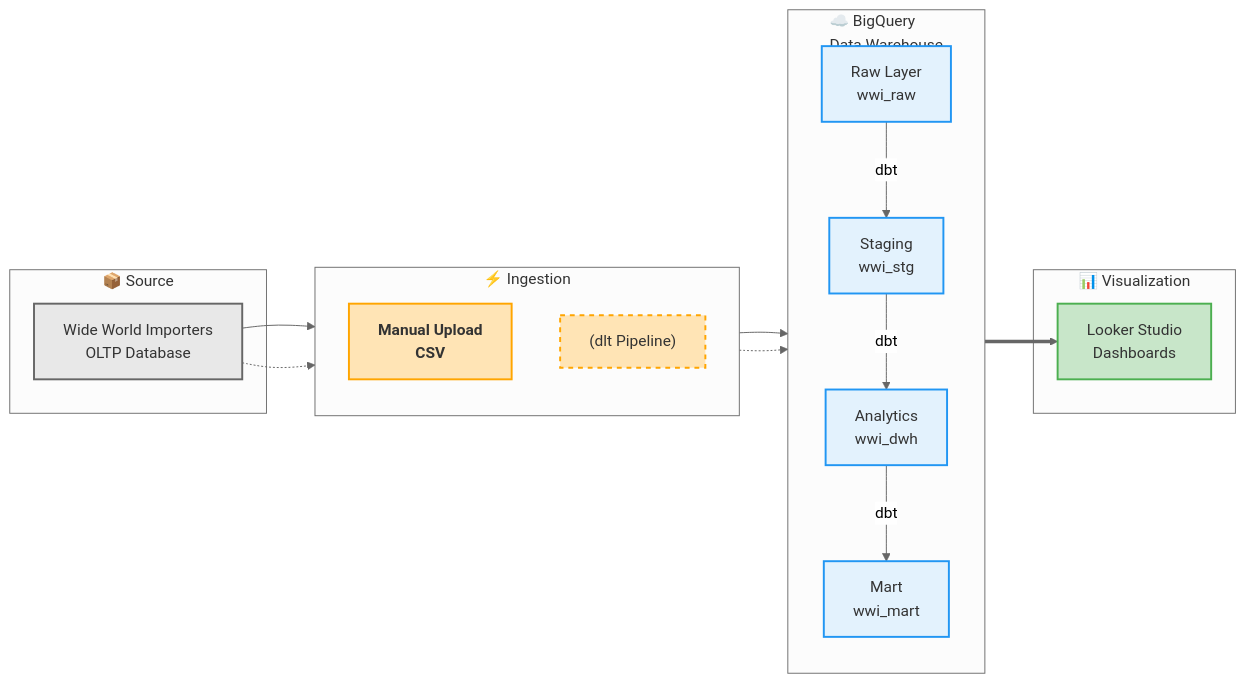
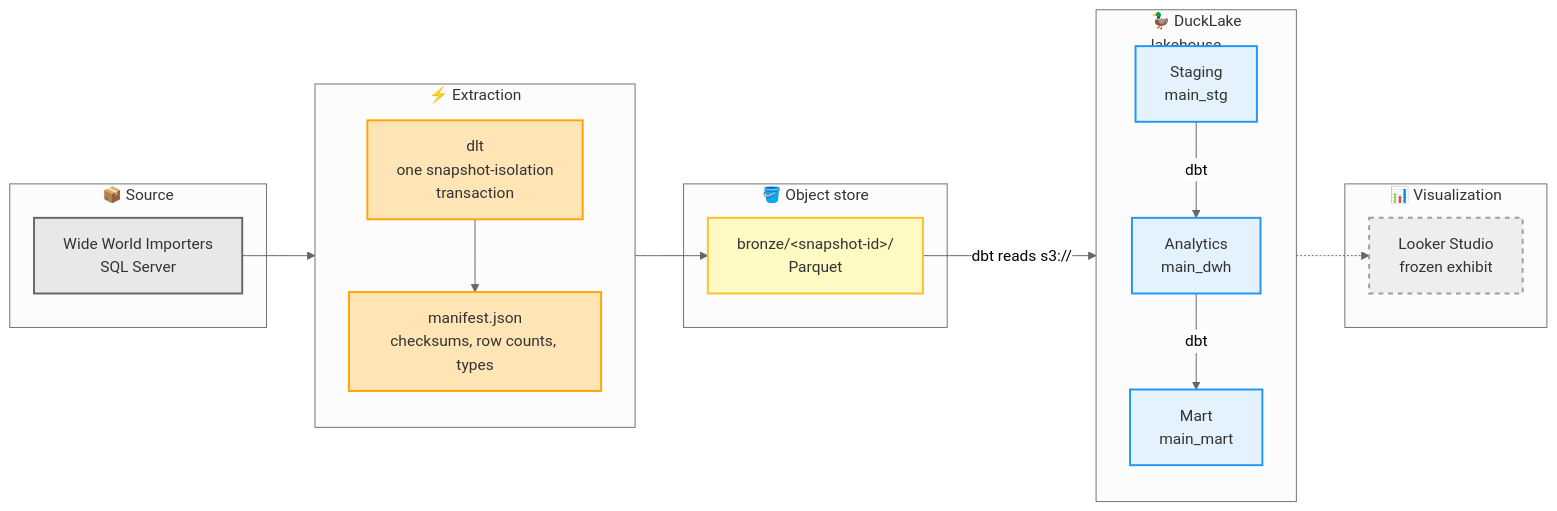
Before and after one commit to plat102/pj-dw-wide-world-importers: the diagram in README.md, drawn with Mermaid (neutral theme). The commit also changed other lines of this file and 5 other files, not shown here.

````diff
--- a/README.md
+++ b/README.md
@@ -37,44 +47,45 @@
 ```mermaid
 flowchart LR
     subgraph source["📦 Source"]
-        OLTP[Wide World Importers<br/>OLTP Database]
+        OLTP[Wide World Importers<br/>SQL Server]
     end
-    
-    subgraph ingest["⚡ Ingestion"]
+
+    subgraph ingest["⚡ Extraction"]
         direction TB
-        CSV[<b>Manual Upload<br/>CSV</b>]
-        DLT["(dlt Pipeline)"]
+        DLT[dlt<br/>one snapshot-isolation<br/>transaction]
+        MANIFEST[manifest.json<br/>checksums, row counts, types]
     end
-    
-    subgraph dwh["☁️ BigQuery<br>Data Warehouse"]
+
+    subgraph store["🪣 Object store"]
+        BRONZE[bronze/&lt;snapshot-id&gt;/<br/>Parquet]
+    end
+
+    subgraph dwh["🦆 DuckLake<br>lakehouse"]
         direction TB
-        
-        RAW[Raw Layer<br/>wwi_raw]
-        STG[Staging<br/>wwi_stg]
-        ANALYTICS[Analytics<br/>wwi_dwh]
-        MART[Mart<br/>wwi_mart]
-        
-        RAW -->|dbt| STG
+        STG[Staging<br/>main_stg]
+        ANALYTICS[Analytics<br/>main_dwh]
+        MART[Mart<br/>main_mart]
+
         STG -->|dbt| ANALYTICS
         ANALYTICS -->|dbt| MART
     end
-    
+
     subgraph bi["📊 Visualization"]
-        LOOKER[Looker Studio<br/>Dashboards]
+        LOOKER[Looker Studio<br/>frozen exhibit]
     end
-    
-    OLTP --> CSV
-    OLTP -.-> DLT
-    CSV --> RAW
-    DLT -.-> RAW
-    MART ==> LOOKER
-    
+
+    OLTP --> DLT
+    DLT --> MANIFEST
+    DLT --> BRONZE
+    BRONZE -->|dbt reads s3://| STG
+    MART -.-> LOOKER
+
     style OLTP fill:#E8E8E8,stroke:#666,stroke-width:2px,color:#333
-    style CSV fill:#FFE4B5,stroke:#FFA500,stroke-width:2px,color:#333
-    style DLT fill:#FFE4B5,stroke:#FFA500,stroke-width:2px,stroke-dasharray: 5 5,color:#333
-    style RAW fill:#E3F2FD,stroke:#2196F3,stroke-width:2px,color:#333
+    style DLT fill:#FFE4B5,stroke:#FFA500,stroke-width:2px,color:#333
+    style MANIFEST fill:#FFE4B5,stroke:#FFA500,stroke-width:2px,color:#333
+    style BRONZE fill:#FFF9C4,stroke:#FBC02D,stroke-width:2px,color:#333
     style STG fill:#E3F2FD,stroke:#2196F3,stroke-width:2px,color:#333
     style ANALYTICS fill:#E3F2FD,stroke:#2196F3,stroke-width:2px,color:#333
     style MART fill:#E3F2FD,stroke:#2196F3,stroke-width:2px,color:#333
-    style LOOKER fill:#C8E6C9,stroke:#4CAF50,stroke-width:2px,color:#333
+    style LOOKER fill:#EEEEEE,stroke:#9E9E9E,stroke-width:2px,stroke-dasharray: 5 5,color:#333
 ```
````
